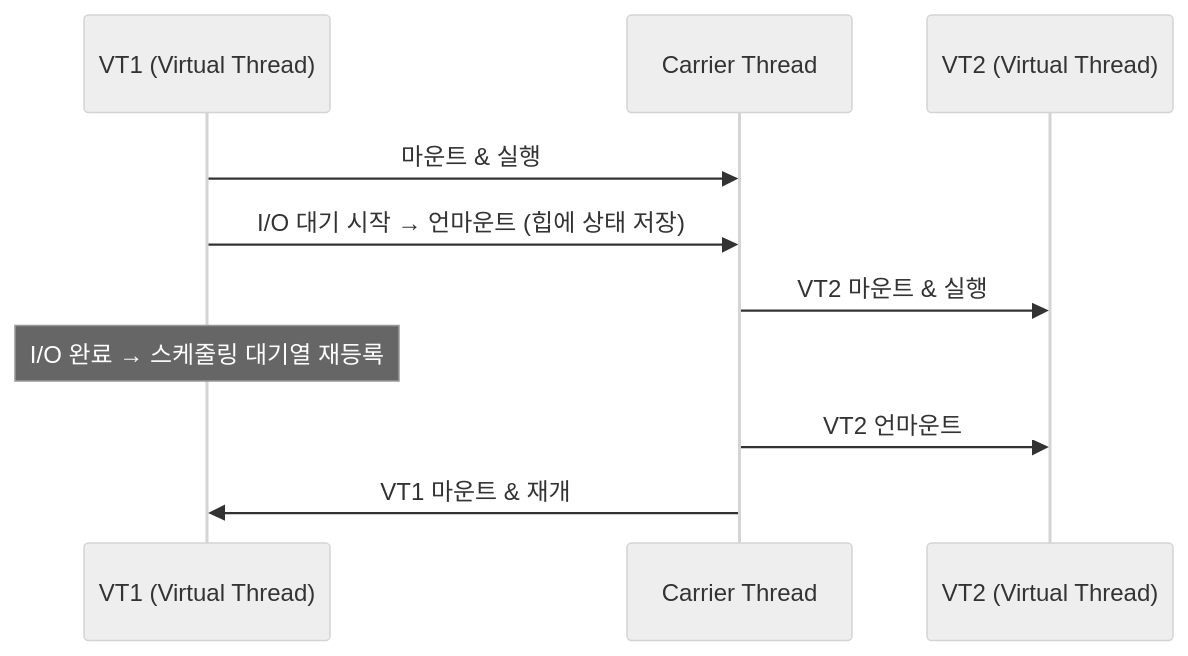
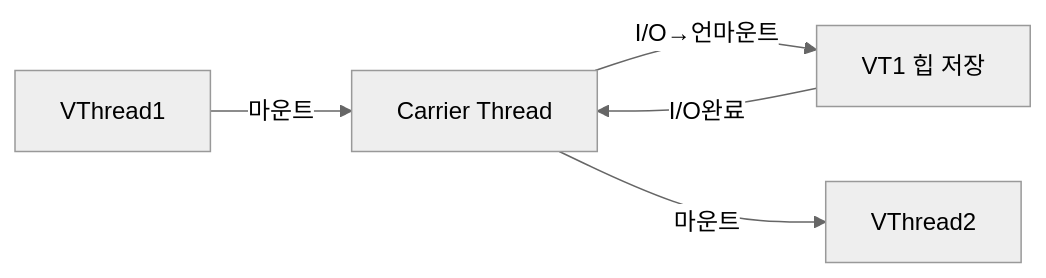
One commit to yjkim2015/yjkim2015.github.io changed diagram 14 of 17 in _posts/java/2026-05-01-java-thread.md. Above: the diagram before and after it, drawn with Mermaid (neutral theme). The commit also changed other lines of this file and 163 other files, not shown here.

First line of the commit message:
Mermaid 300개 블록 내용 축소: 5노드 5엣지 이하, 의미 있는 약어

````diff
--- a/_posts/java/2026-05-01-java-thread.md
+++ b/_posts/java/2026-05-01-java-thread.md
@@ -1413,12 +1385,7 @@
 ```mermaid
-sequenceDiagram
-  participant VT1 as VT1 (Virtual Thread)
-  participant CT as Carrier Thread
-  participant VT2 as VT2 (Virtual Thread)
-  VT1->>CT: 마운트 & 실행
-  VT1->>CT: I/O 대기 시작 → 언마운트 (힙에 상태 저장)
-  CT->>VT2: VT2 마운트 & 실행
-  Note over VT1: I/O 완료 → 스케줄링 대기열 재등록
-  CT->>VT2: VT2 언마운트
-  CT->>VT1: VT1 마운트 & 재개
+graph LR
+    VT1["VThread1"] -->|마운트| CT["Carrier Thread"]
+    CT -->|I/O→언마운트| VT1H["VT1 힙 저장"]
+    CT -->|마운트| VT2["VThread2"]
+    VT1H -->|I/O완료| CT
 ```
````
